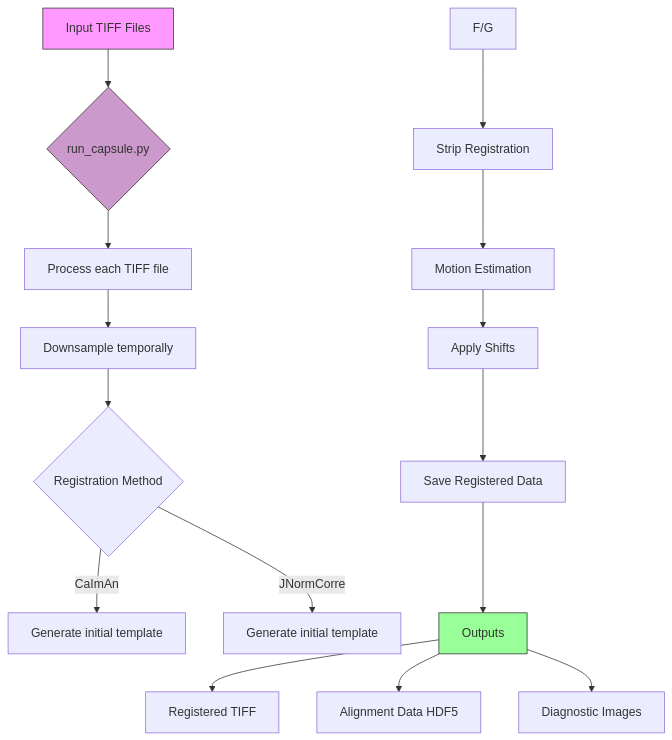
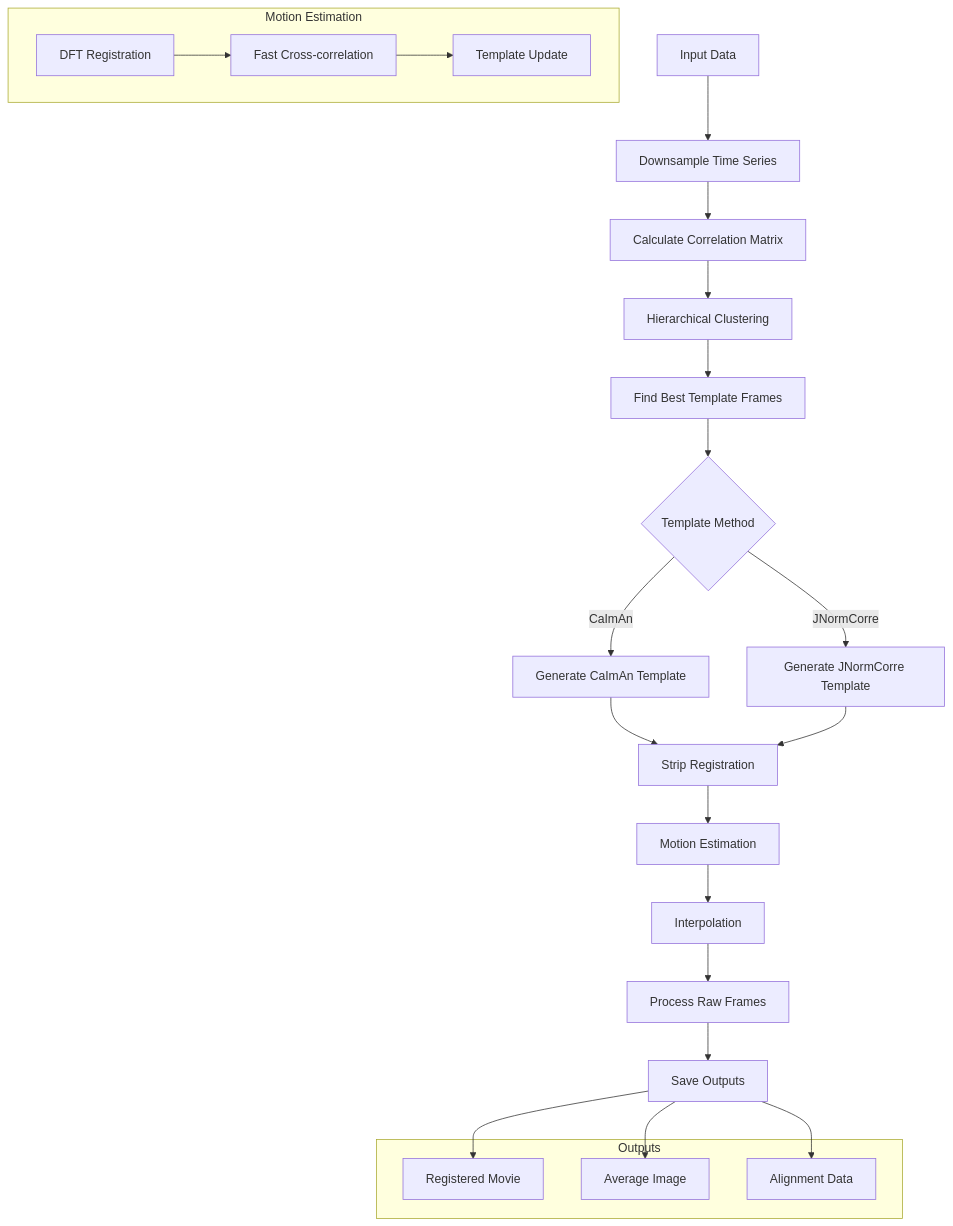
The diagram in README.md (AllenNeuralDynamics/iGluSnFR-registration), drawn with Mermaid before and after one commit. The commit also changed other lines of this file, not shown here.

````diff
--- a/README.md
+++ b/README.md
@@ -5,22 +34,36 @@
 ```mermaid
-%% Flowchart for Motion Correction Pipeline
-graph TD
-    A[Input TIFF Files] --> B{run_capsule.py}
-    B --> C[Process each TIFF file]
-    C --> D[Downsample temporally]
-    D --> E{Registration Method}
-    E -->|CaImAn| F[Generate initial template]
-    E -->|JNormCorre| G[Generate initial template]
-    F/G --> H[Strip Registration]
+flowchart TD
+    A[Input Data] --> B[Downsample Time Series]
+    B --> C[Calculate Correlation Matrix]
+    C --> D[Hierarchical Clustering]
+    D --> E[Find Best Template Frames]
+    
+    E --> F{Template Method}
+    F -->|CaImAn| G1[Generate CaImAn Template]
+    F -->|JNormCorre| G2[Generate JNormCorre Template]
+    
+    G1 --> H[Strip Registration]
+    G2 --> H
+    
     H --> I[Motion Estimation]
-    I --> J[Apply Shifts]
-    J --> K[Save Registered Data]
-    K --> L[Outputs]
-    L --> M[Registered TIFF]
-    L --> N[Alignment Data HDF5]
-    L --> O[Diagnostic Images]
+    I --> J[Interpolation]
     
-    style A fill:#f9f,stroke:#333
-    style B fill:#c9c,stroke:#333
-    style L fill:#9f9,stroke:#333
+    J --> K[Process Raw Frames]
+    K --> L[Save Outputs]
+    
+    L --> M1[Registered Movie]
+    L --> M2[Average Image]
+    L --> M3[Alignment Data]
+    
+    subgraph Motion Estimation
+        I1[DFT Registration] --> I2[Fast Cross-correlation]
+        I2 --> I3[Template Update]
+    end
+    
+    subgraph Outputs
+        M1
+        M2
+        M3
+    end
+
 ```
````
